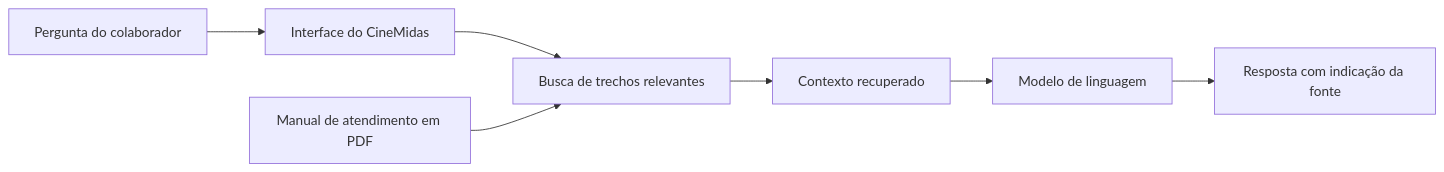
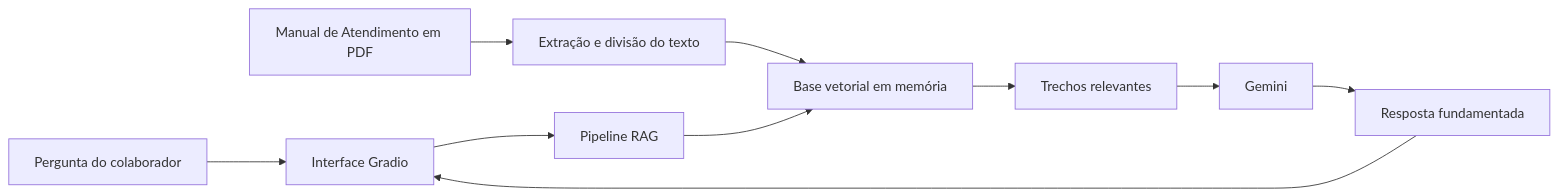
One commit to joao-okuyama/cinemidas-rag changed the first of 2 diagrams in README.md. Above: the diagram before and after it, drawn with Mermaid. The commit also changed other lines of this file, not shown here.

Commit message:
docs: finaliza README com execução e deploy na OCI

````diff
--- a/README.md
+++ b/README.md
@@ -78,9 +92,12 @@
 ```mermaid
 flowchart LR
-    A[Pergunta do colaborador] --> B[Interface do CineMidas]
-    B --> C[Busca de trechos relevantes]
-    D[Manual de atendimento em PDF] --> C
-    C --> E[Contexto recuperado]
-    E --> F[Modelo de linguagem]
-    F --> G[Resposta com indicação da fonte]
+    A[Pergunta do colaborador] --> B[Interface Gradio]
+    B --> C[Pipeline RAG]
+    D[Manual de Atendimento em PDF] --> E[Extração e divisão do texto]
+    E --> F[Base vetorial em memória]
+    C --> F
+    F --> G[Trechos relevantes]
+    G --> H[Gemini]
+    H --> I[Resposta fundamentada]
+    I --> B
 ```
````
